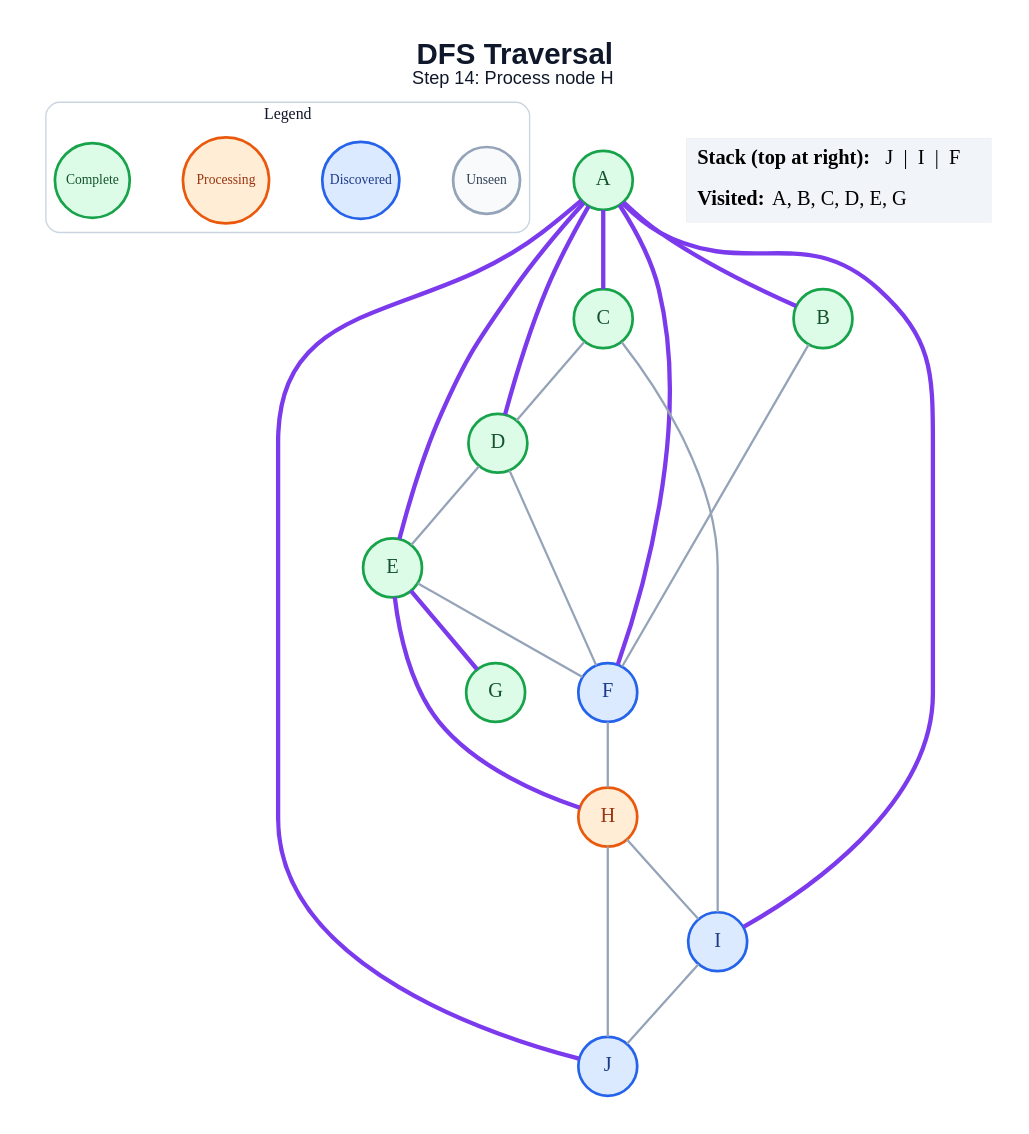
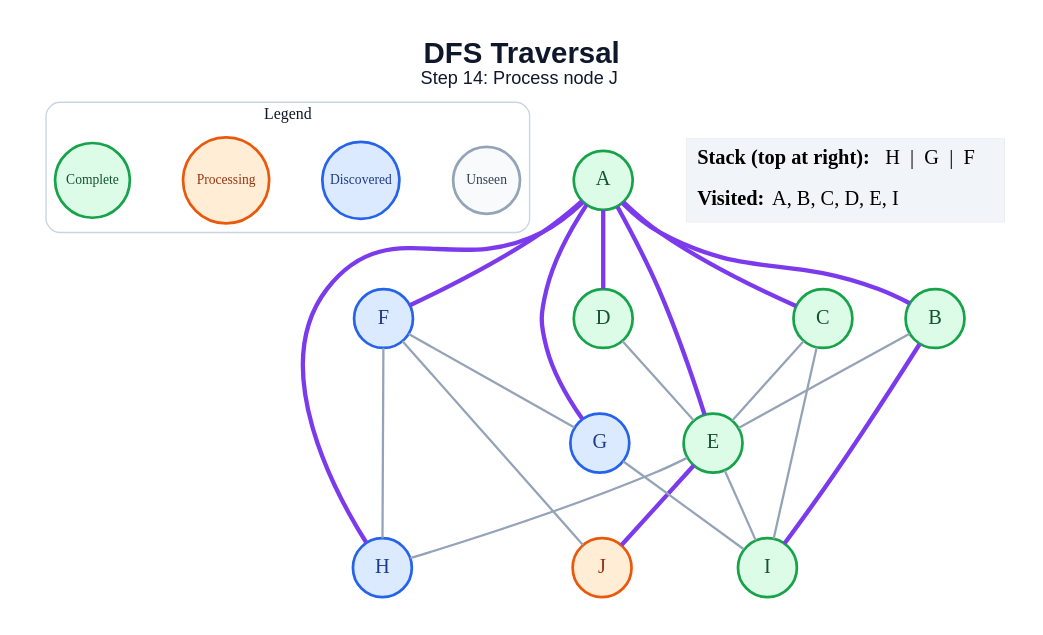
One commit to anon7238593-create/ai-slop changed the diagram in generated/dfs/step_14.dot. Above: the diagram before and after it, drawn with Graphviz. The commit also changed 178 other files, not shown here.

```diff
--- a/generated/dfs/step_14.dot
+++ b/generated/dfs/step_14.dot
@@ -1,48 +1,48 @@
 graph traversal {
   graph [layout=dot, rankdir=TB, bgcolor="#FFFFFF", pad="0.35", nodesep="0.65", ranksep="0.8", fontname="Arial"];
   node [shape=circle, style="filled", fontname="Arial Bold", fontsize=18, width=0.72, fixedsize=true, penwidth=2.4];
   edge [color="#94A3B8", penwidth=2.0];
-  label=<<B>DFS Traversal</B><BR/><FONT POINT-SIZE="16">Step 14: Process node H</FONT>>; labelloc="t"; fontsize=26; fontname="Arial"; fontcolor="#0F172A";
+  label=<<B>DFS Traversal</B><BR/><FONT POINT-SIZE="16">Step 14: Process node J</FONT>>; labelloc="t"; fontsize=26; fontname="Arial"; fontcolor="#0F172A";
   subgraph cluster_legend { label="Legend"; color="#CBD5E1"; penwidth=1.2; style="rounded"; fontsize=14; fontname="Arial Bold";
     key_unseen [label="Unseen", fillcolor="#F8FAFC", color="#94A3B8", fontcolor="#334155", fontsize=12, width=0.82];
     key_frontier [label="Discovered", fillcolor="#DBEAFE", color="#2563EB", fontcolor="#1E3A8A", fontsize=12, width=0.95];
     key_current [label="Processing", fillcolor="#FFEDD5", color="#EA580C", fontcolor="#9A3412", fontsize=12, width=1.05];
     key_done [label="Complete", fillcolor="#DCFCE7", color="#16A34A", fontcolor="#14532D", fontsize=12, width=0.92];
     { rank=same; key_unseen; key_frontier; key_current; key_done; }
   }
   A [fillcolor="#DCFCE7", color="#16A34A", fontcolor="#14532D"];
   B [fillcolor="#DCFCE7", color="#16A34A", fontcolor="#14532D"];
   C [fillcolor="#DCFCE7", color="#16A34A", fontcolor="#14532D"];
   D [fillcolor="#DCFCE7", color="#16A34A", fontcolor="#14532D"];
   E [fillcolor="#DCFCE7", color="#16A34A", fontcolor="#14532D"];
   F [fillcolor="#DBEAFE", color="#2563EB", fontcolor="#1E3A8A"];
-  G [fillcolor="#DCFCE7", color="#16A34A", fontcolor="#14532D"];
-  H [fillcolor="#FFEDD5", color="#EA580C", fontcolor="#9A3412"];
-  I [fillcolor="#DBEAFE", color="#2563EB", fontcolor="#1E3A8A"];
-  J [fillcolor="#DBEAFE", color="#2563EB", fontcolor="#1E3A8A"];
+  G [fillcolor="#DBEAFE", color="#2563EB", fontcolor="#1E3A8A"];
+  H [fillcolor="#DBEAFE", color="#2563EB", fontcolor="#1E3A8A"];
+  I [fillcolor="#DCFCE7", color="#16A34A", fontcolor="#14532D"];
+  J [fillcolor="#FFEDD5", color="#EA580C", fontcolor="#9A3412"];
   A -- B [color="#7C3AED", penwidth=3.8];
   A -- C [color="#7C3AED", penwidth=3.8];
   A -- D [color="#7C3AED", penwidth=3.8];
   A -- E [color="#7C3AED", penwidth=3.8];
   A -- F [color="#7C3AED", penwidth=3.8];
-  A -- I [color="#7C3AED", penwidth=3.8];
-  A -- J [color="#7C3AED", penwidth=3.8];
-  B -- F;
-  C -- D;
+  A -- G [color="#7C3AED", penwidth=3.8];
+  A -- H [color="#7C3AED", penwidth=3.8];
+  B -- E;
+  B -- I [color="#7C3AED", penwidth=3.8];
+  C -- E;
   C -- I;
   D -- E;
-  D -- F;
-  E -- F;
-  E -- G [color="#7C3AED", penwidth=3.8];
-  E -- H [color="#7C3AED", penwidth=3.8];
+  E -- H;
+  E -- I;
+  E -- J [color="#7C3AED", penwidth=3.8];
+  F -- G;
   F -- H;
-  H -- I;
-  H -- J;
-  I -- J;
+  F -- J;
+  G -- I;
   status [shape=plain, fixedsize=false, width=0, height=0, margin=0, label=<
     <TABLE BORDER="0" CELLBORDER="0" CELLPADDING="7" BGCOLOR="#F1F5F9">
-      <TR><TD ALIGN="LEFT"><B>Stack (top at right):</B> J  |  I  |  F</TD></TR>
-      <TR><TD ALIGN="LEFT"><B>Visited:</B> A, B, C, D, E, G</TD></TR>
+      <TR><TD ALIGN="LEFT"><B>Stack (top at right):</B> H  |  G  |  F</TD></TR>
+      <TR><TD ALIGN="LEFT"><B>Visited:</B> A, B, C, D, E, I</TD></TR>
     </TABLE>
   >];
 }
```
